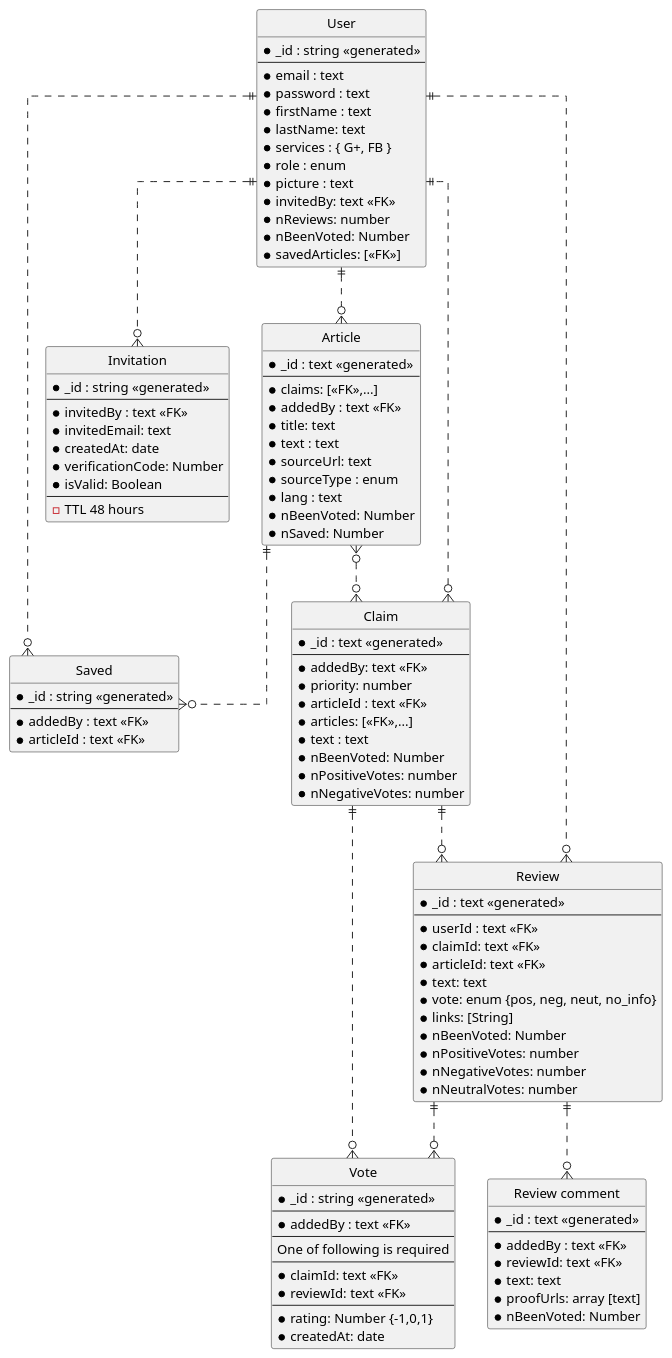
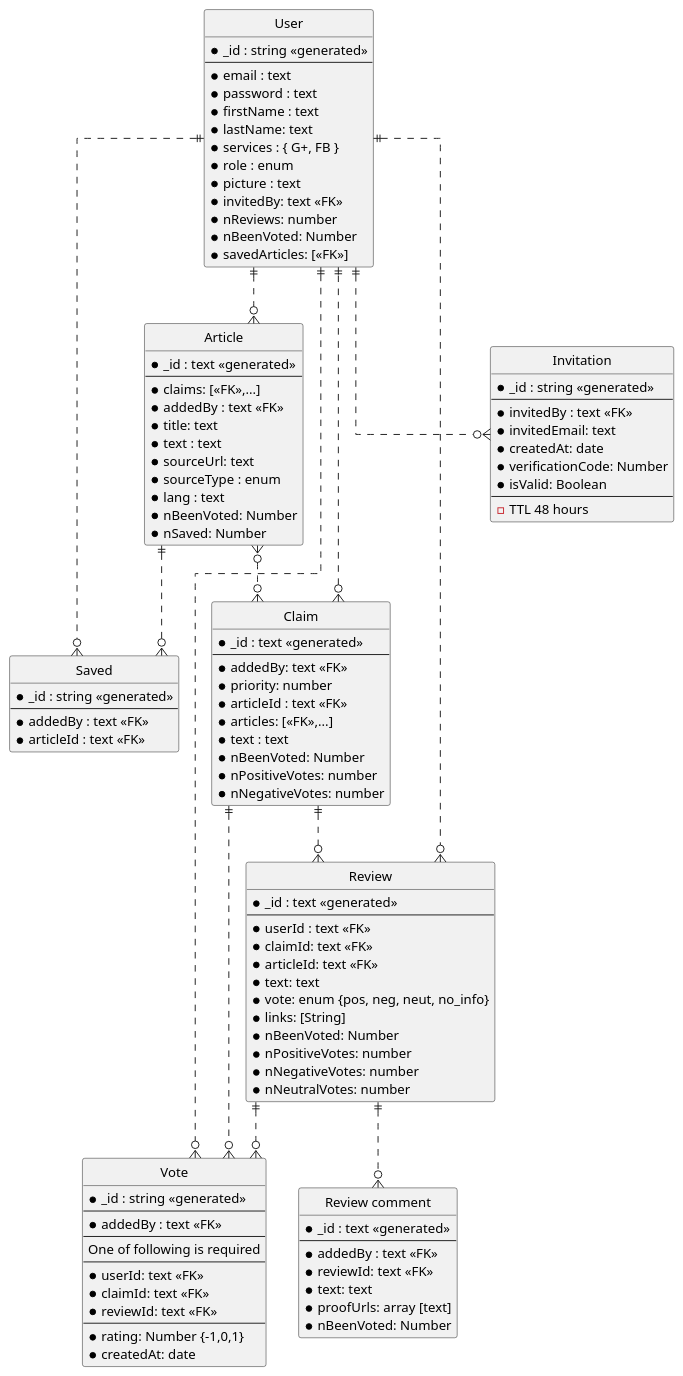
The diagram in sys_docs/entity_relations.puml (aic-factcheck/fact_checking_be), drawn with PlantUML before and after one commit. The commit also changed 3 other files, not shown here.

Commit message:
add userVote to list reviews and implemented tests

```diff
--- a/sys_docs/entity_relations.puml
+++ b/sys_docs/entity_relations.puml
@@ -1,125 +1,126 @@
 @startuml Entity relations
 ' hide the spot
 hide circle
 
 ' avoid problems with angled crows feet
 skinparam linetype ortho
 
 entity "User" as user {
   *_id : string <<generated>>
   --
   *email : text
   *password : text
   *firstName : text
   *lastName: text
   *services : { G+, FB }
   *role : enum
   *picture : text
   *invitedBy: text <<FK>>
   *nReviews: number
   *nBeenVoted: Number
   *savedArticles: [<<FK>>]
 }
 
 entity "Saved" as saved {
   *_id : string <<generated>>
   --
   *addedBy : text <<FK>>
   *articleId : text <<FK>>
 }
 
 entity "Invitation" as inv {
   *_id : string <<generated>>
   --
   *invitedBy : text <<FK>>
   *invitedEmail: text
   *createdAt: date
   *verificationCode: Number
   *isValid: Boolean
   --
   - TTL 48 hours
 }
 
 entity "Vote" as vote {
   *_id : string <<generated>>
   --
   *addedBy : text <<FK>>
   --
   One of following is required
   --
-  ' *userId: text <<FK>>
+  *userId: text <<FK>>
   ' *articleId: text <<FK>>
   *claimId: text <<FK>>
   *reviewId: text <<FK>>
   --
   ' *text: Text
   *rating: Number {-1,0,1}
   *createdAt: date
 }
 
 entity "Article" as article {
   *_id : text <<generated>>
   --
   *claims: [<<FK>>,...]
   *addedBy : text <<FK>>
   *title: text
   *text : text
   *sourceUrl: text
   *sourceType : enum
   *lang : text
   *nBeenVoted: Number
   *nSaved: Number
 }
 
 entity "Claim" as claim {
   *_id : text <<generated>>
   --
   *addedBy: text <<FK>>
   *priority: number
   *articleId : text <<FK>>
   *articles: [<<FK>>,...]
   *text : text
   *nBeenVoted: Number
   *nPositiveVotes: number
   *nNegativeVotes: number
 }
 
 entity "Review" as review {
   *_id : text <<generated>>
   --
   *userId : text <<FK>>
   *claimId: text <<FK>>
   *articleId: text <<FK>>
   *text: text
   *vote: enum {pos, neg, neut, no_info}
   *links: [String]
   *nBeenVoted: Number
   *nPositiveVotes: number
   *nNegativeVotes: number
   *nNeutralVotes: number
 }
 
 entity "Review comment" as reviewComment {
   *_id : text <<generated>>
   --
   *addedBy : text <<FK>>
   *reviewId: text <<FK>>
   *text: text
   *proofUrls: array [text] 
   *nBeenVoted: Number
 }
 
 user ||..o{ article
 user ||..o{ inv
 user ||..o{ saved
+user ||..o{ vote
 article }o..o{ claim
 article ||..o{ saved
 ' article ||..o{ vote
 user ||..o{ review
 ' user ||..o{ vote
 claim ||..o{ review
 claim }o..|| user
 claim ||..o{ vote
 review ||..o{ reviewComment
 review ||..o{ vote
 @enduml
```
